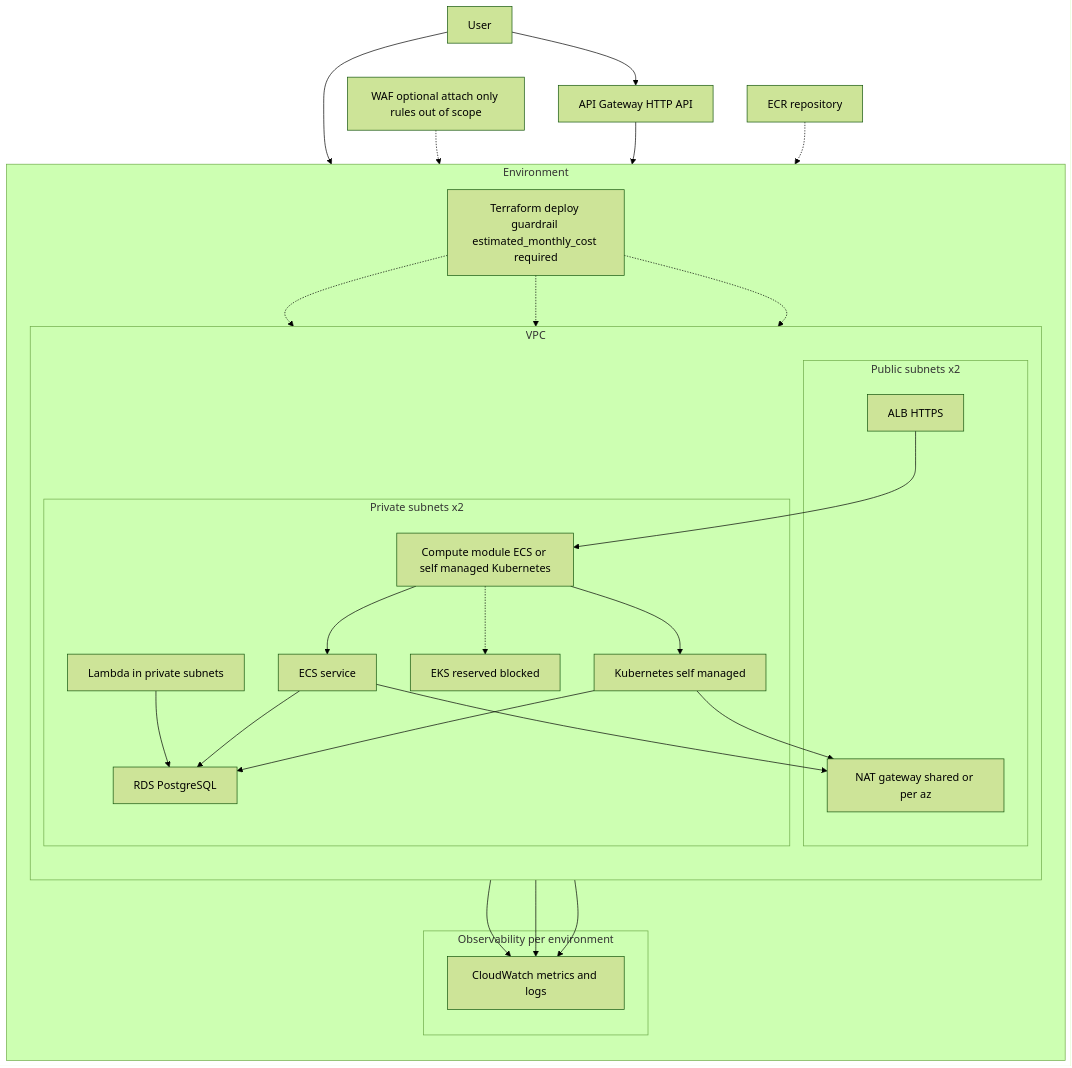
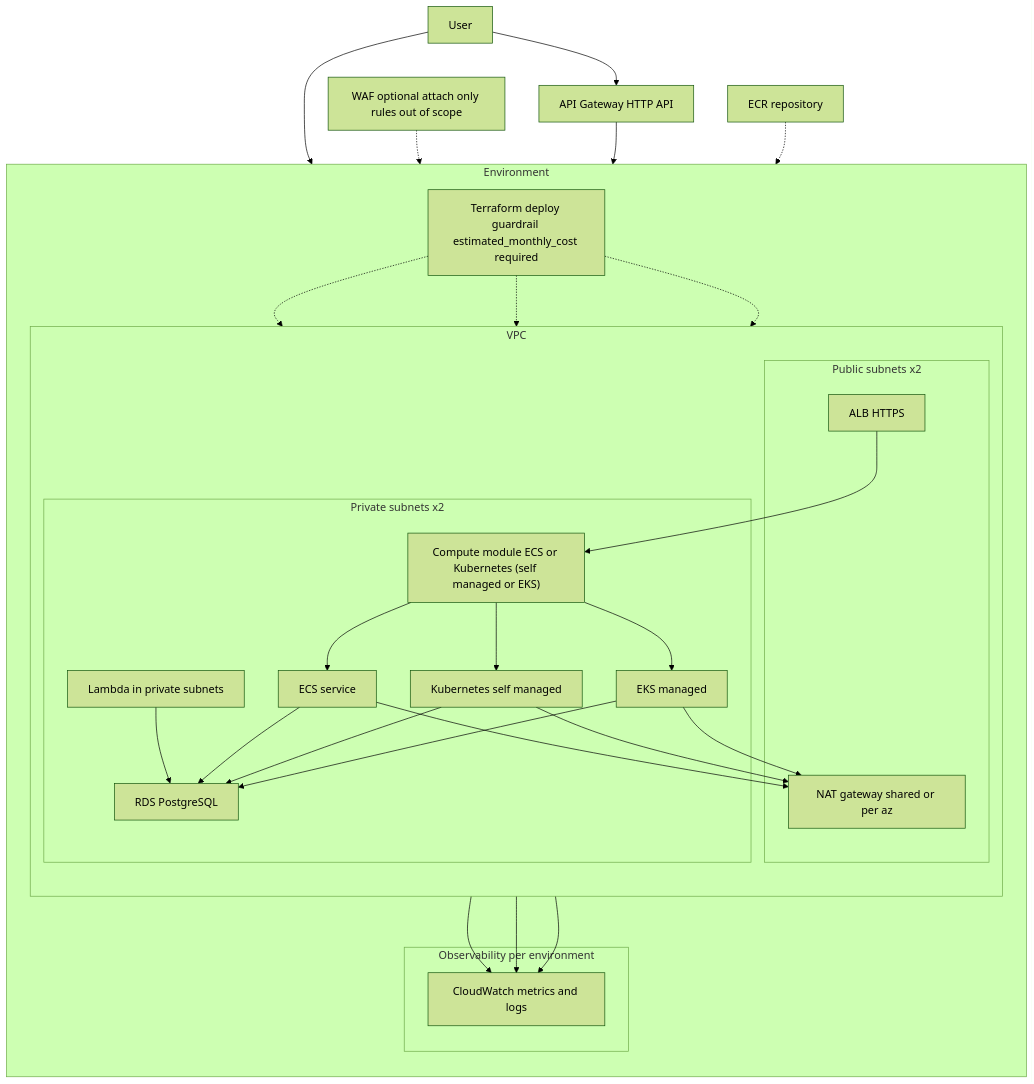
Before and after one commit to renanfenrich/aws-platform-starter: the diagram in docs/architecture.md, drawn with Mermaid (forest theme). The commit also changed other lines of this file and 3 other files, not shown here.

Commit message:
docs: update architecture and runbook

````diff
--- a/docs/architecture.md
+++ b/docs/architecture.md
@@ -18,58 +18,60 @@
 ```mermaid
 flowchart TB
   User[User] --> ALB[ALB HTTPS]
   User --> APIGW[API Gateway HTTP API]
 
   WAF[WAF optional attach only rules out of scope] -.-> ALB
 
   subgraph Environment
     direction TB
 
     subgraph VPC
       direction TB
 
       subgraph PublicSubnets[Public subnets x2]
         ALB
         NAT[NAT gateway shared or per az]
       end
 
       subgraph PrivateSubnets[Private subnets x2]
-        Compute[Compute module ECS or self managed Kubernetes]
+        Compute["Compute module ECS or Kubernetes (self managed or EKS)"]
         ECS[ECS service]
         K8s[Kubernetes self managed]
-        EKSBlocked[EKS reserved blocked]
+        EKS[EKS managed]
         Lambda[Lambda in private subnets]
         RDS[RDS PostgreSQL]
       end
     end
 
     subgraph Observability[Observability per environment]
       CloudWatch[CloudWatch metrics and logs]
     end
 
     Guardrail[Terraform deploy guardrail estimated_monthly_cost required]
   end
 
   Compute --> ECS
   Compute --> K8s
-  Compute -.-> EKSBlocked
+  Compute --> EKS
 
   ALB --> Compute
   APIGW --> Lambda
 
   Lambda --> RDS
   ECS --> RDS
   K8s --> RDS
+  EKS --> RDS
 
   ECS --> NAT
   K8s --> NAT
+  EKS --> NAT
 
   ECR[ECR repository] -.-> Compute
   Compute --> CloudWatch
   Lambda --> CloudWatch
   RDS --> CloudWatch
 
   Guardrail -.-> Compute
   Guardrail -.-> Lambda
   Guardrail -.-> RDS
 ```
````
